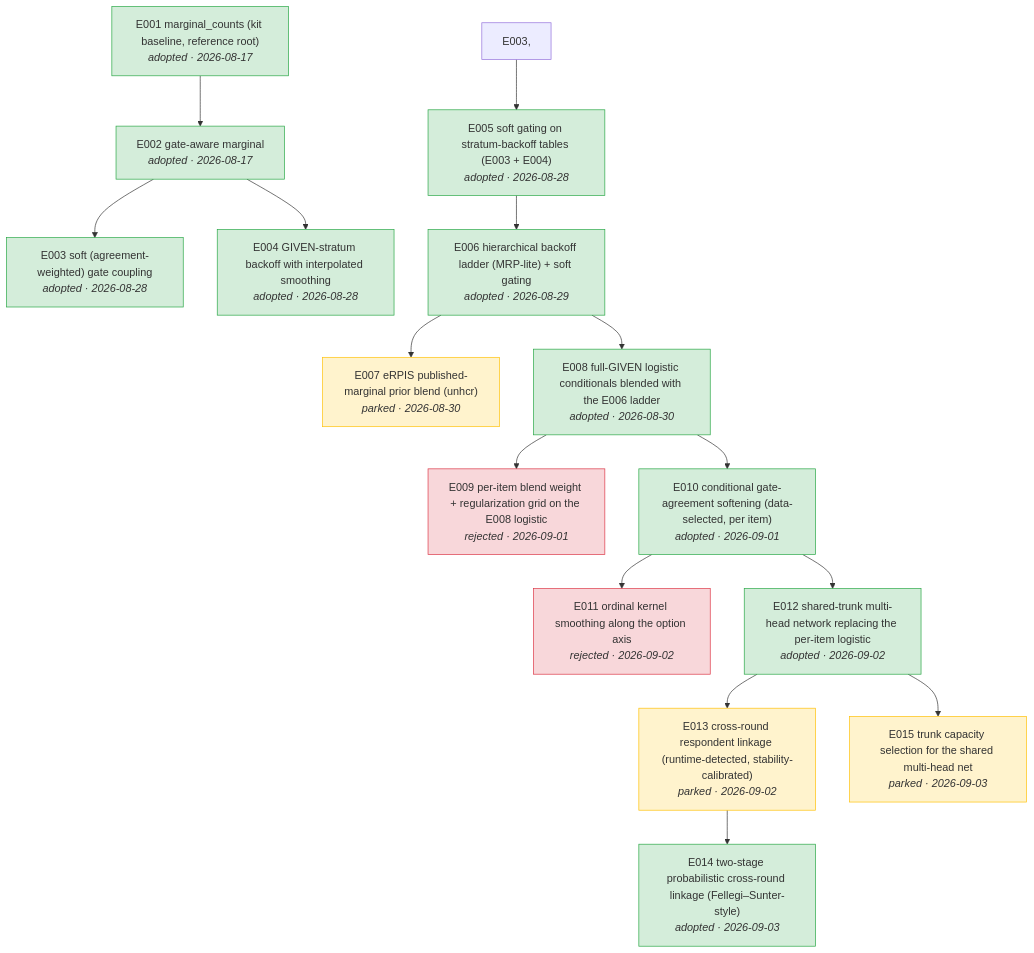
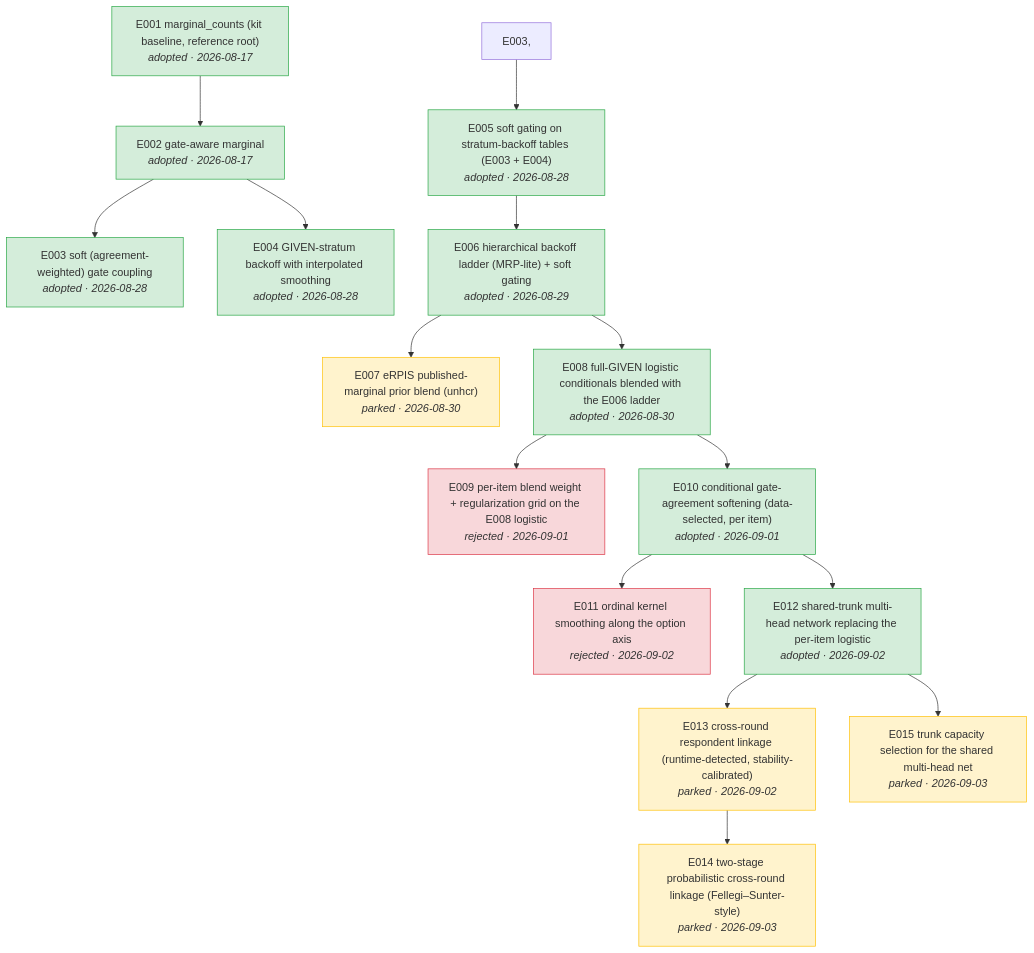
Before and after one commit to joon56/Simulacrabench-NeurIPS-2026-: the diagram in docs/tree.md, drawn with Mermaid. The commit also changed 2 other files, not shown here.

Commit message:
E014: no leaderboard update (<= E012), parked pending exact triple; linkage line provisionally closed

````diff
--- a/docs/tree.md
+++ b/docs/tree.md
@@ -5,38 +5,38 @@
 ```mermaid
 flowchart TD
     E001["E001 marginal_counts (kit baseline, reference root)<br/><i>adopted · 2026-08-17</i>"]
     E002["E002 gate-aware marginal<br/><i>adopted · 2026-08-17</i>"]
     E001 --> E002
     E003["E003 soft (agreement-weighted) gate coupling<br/><i>adopted · 2026-08-28</i>"]
     E002 --> E003
     E004["E004 GIVEN-stratum backoff with interpolated smoothing<br/><i>adopted · 2026-08-28</i>"]
     E002 --> E004
     E005["E005 soft gating on stratum-backoff tables (E003 + E004)<br/><i>adopted · 2026-08-28</i>"]
     E003, --> E005
     E006["E006 hierarchical backoff ladder (MRP-lite) + soft gating<br/><i>adopted · 2026-08-29</i>"]
     E005 --> E006
     E007["E007 eRPIS published-marginal prior blend (unhcr)<br/><i>parked · 2026-08-30</i>"]
     E006 --> E007
     E008["E008 full-GIVEN logistic conditionals blended with the E006 ladder<br/><i>adopted · 2026-08-30</i>"]
     E006 --> E008
     E009["E009 per-item blend weight + regularization grid on the E008 logistic<br/><i>rejected · 2026-09-01</i>"]
     E008 --> E009
     E010["E010 conditional gate-agreement softening (data-selected, per item)<br/><i>adopted · 2026-09-01</i>"]
     E008 --> E010
     E011["E011 ordinal kernel smoothing along the option axis<br/><i>rejected · 2026-09-02</i>"]
     E010 --> E011
     E012["E012 shared-trunk multi-head network replacing the per-item logistic<br/><i>adopted · 2026-09-02</i>"]
     E010 --> E012
     E013["E013 cross-round respondent linkage (runtime-detected, stability-calibrated)<br/><i>parked · 2026-09-02</i>"]
     E012 --> E013
-    E014["E014 two-stage probabilistic cross-round linkage (Fellegi–Sunter-style)<br/><i>adopted · 2026-09-03</i>"]
+    E014["E014 two-stage probabilistic cross-round linkage (Fellegi–Sunter-style)<br/><i>parked · 2026-09-03</i>"]
     E013 --> E014
     E015["E015 trunk capacity selection for the shared multi-head net<br/><i>parked · 2026-09-03</i>"]
     E012 --> E015
     classDef adopted fill:#d4edda,stroke:#28a745
-    class E001,E002,E003,E004,E005,E006,E008,E010,E012,E014 adopted
+    class E001,E002,E003,E004,E005,E006,E008,E010,E012 adopted
     classDef rejected fill:#f8d7da,stroke:#dc3545
     class E009,E011 rejected
     classDef parked fill:#fff3cd,stroke:#ffc107
-    class E007,E013,E015 parked
+    class E007,E013,E014,E015 parked
 ```
````
